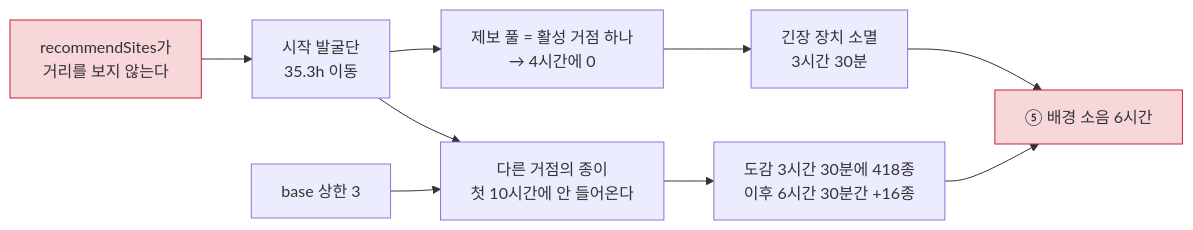
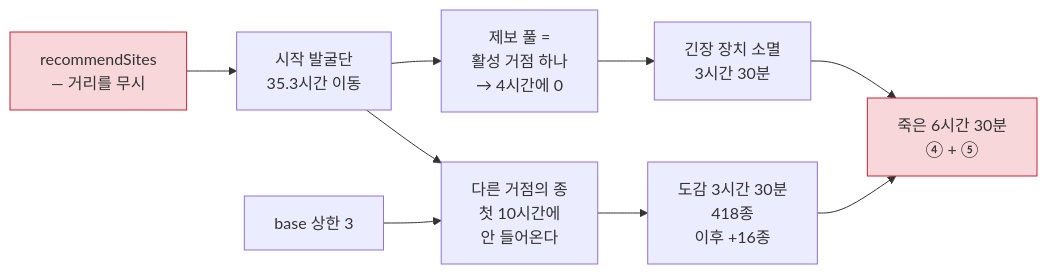
One commit to buildon99x/proto changed the sixth of 6 diagrams in projects/relic-king/notes/play-first-10h.md. Above: the diagram before and after it, drawn with Mermaid. The commit also changed other lines of this file, not shown here.

First line of the commit message:
docs(relic-king): 첫 10시간 다이어그램 6장 렌더 검증 후 가독성 수정

````diff
--- a/projects/relic-king/notes/play-first-10h.md
+++ b/projects/relic-king/notes/play-first-10h.md
@@ -378,14 +380,14 @@
 ```mermaid
 flowchart LR
-    root["recommendSites가<br/>거리를 보지 않는다"] --> a["시작 발굴단<br/>35.3h 이동"]
-    a --> b["제보 풀 = 활성 거점 하나<br/>→ 4시간에 0"]
-    a --> c["다른 거점의 종이<br/>첫 10시간에 안 들어온다"]
+    root["recommendSites<br/>— 거리를 무시"] --> a["시작 발굴단<br/>35.3시간 이동"]
+    a --> b["제보 풀 =<br/>활성 거점 하나<br/>→ 4시간에 0"]
+    a --> c["다른 거점의 종<br/>첫 10시간에<br/>안 들어온다"]
     d["base 상한 3"] --> c
-    c --> e["도감 3시간 30분에 418종<br/>이후 6시간 30분간 +16종"]
-    b --> f["긴장 장치 소멸<br/>3시간 30분"]
-    e --> g["⑤ 배경 소음 6시간"]
-    f --> g
+    c --> e["도감 3시간 30분<br/>418종<br/>이후 +16종"]
+    b --> ff["긴장 장치 소멸<br/>3시간 30분"]
+    e --> g["죽은 6시간 30분<br/>④ + ⑤"]
+    ff --> g
 
     style root fill:#f8d7da,stroke:#c82333
     style g fill:#f8d7da,stroke:#c82333
 ```
````
